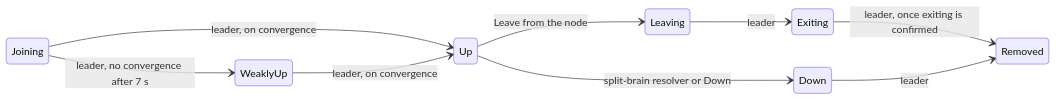
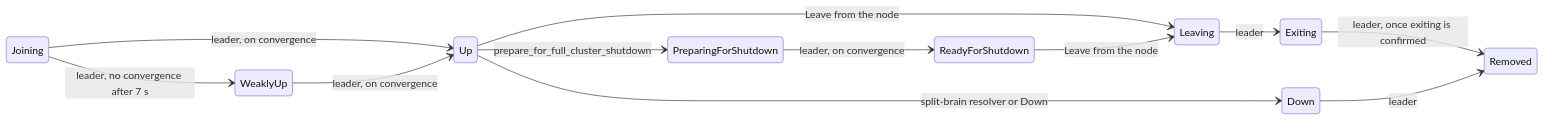
Before and after one commit to hanishi/ohra: the diagram in docs/book/05-cluster.md, drawn with Mermaid. The commit also changed other lines of this file and 3 other files, not shown here.

Commit message:
The book covers full cluster shutdown

````diff
--- a/docs/book/05-cluster.md
+++ b/docs/book/05-cluster.md
@@ -109,12 +109,15 @@
 ```mermaid
 stateDiagram-v2
   direction LR
   Joining --> Up: leader, on convergence
   Joining --> WeaklyUp: leader, no convergence after 7 s
   WeaklyUp --> Up: leader, on convergence
   Up --> Leaving: Leave from the node
+  Up --> PreparingForShutdown: prepare_for_full_cluster_shutdown
+  PreparingForShutdown --> ReadyForShutdown: leader, on convergence
+  ReadyForShutdown --> Leaving: Leave from the node
   Leaving --> Exiting: leader
   Exiting --> Removed: leader, once exiting is confirmed
   Up --> Down: split-brain resolver or Down
   Down --> Removed: leader
 ```
````
